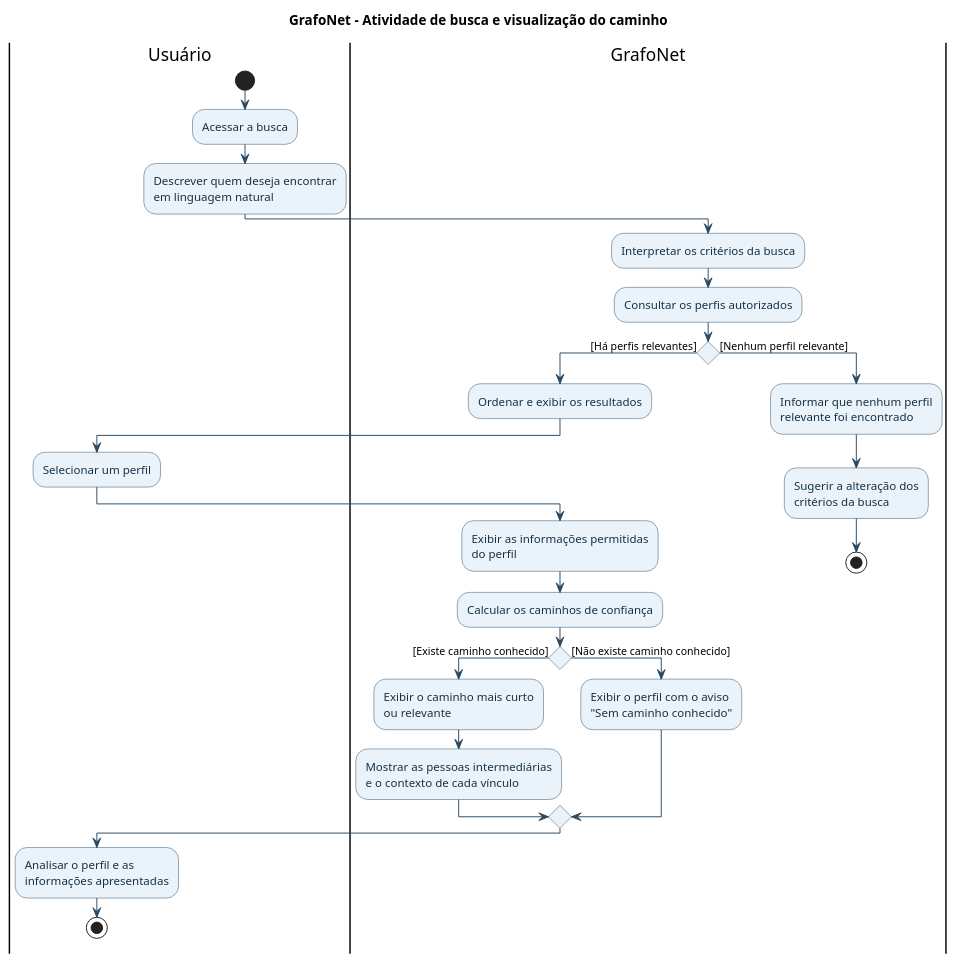
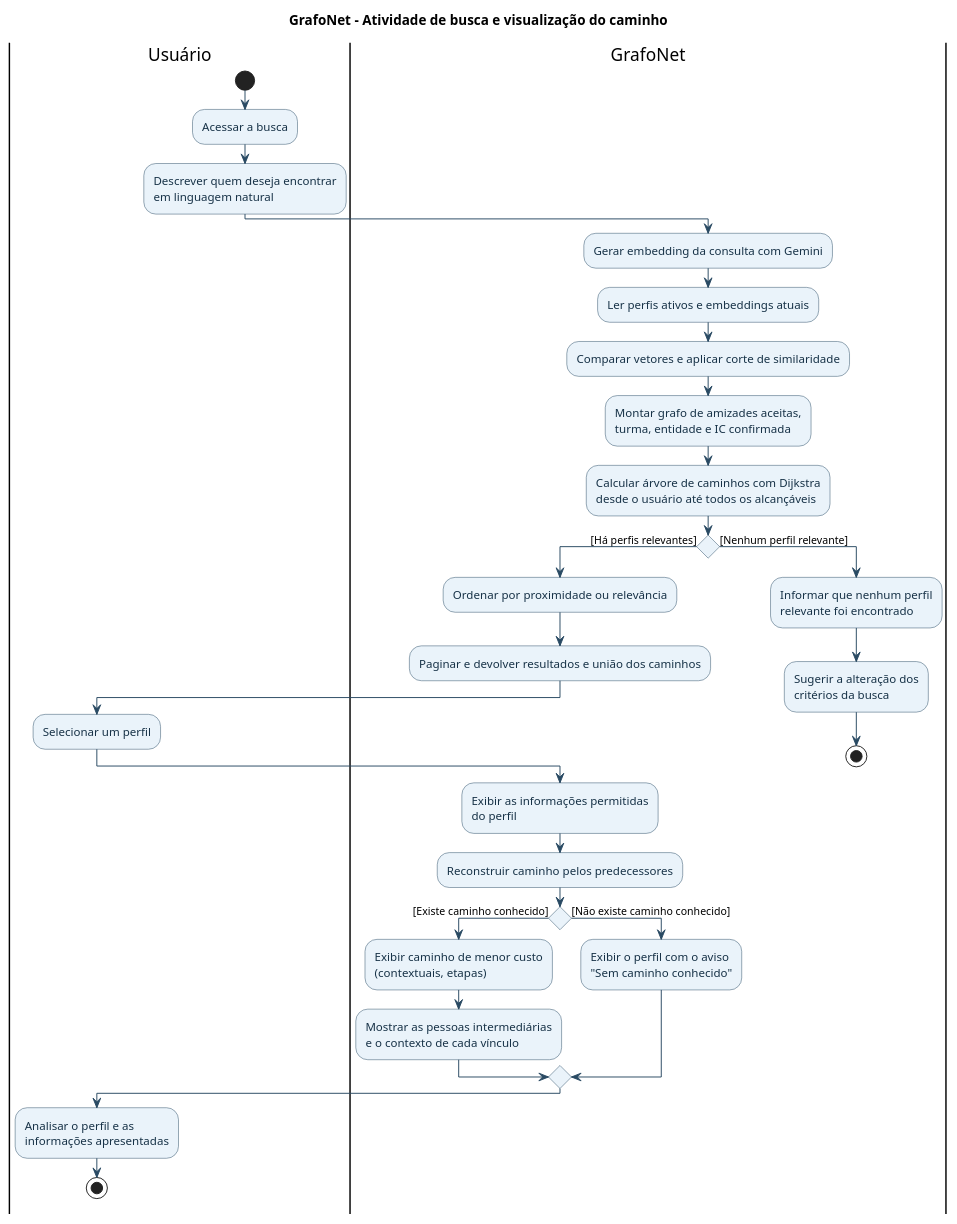
One commit to Daniel-Vinicius/grafo_net_api changed the diagram in docs/02-atividade-busca-caminho.puml. Above: the diagram before and after it, drawn with PlantUML. The commit also changed 52 other files, not shown here.

Commit message:
Modulo de conexoes, grafo e busca implementados

```diff
--- a/docs/02-atividade-busca-caminho.puml
+++ b/docs/02-atividade-busca-caminho.puml
@@ -1,60 +1,66 @@
 @startuml
 title GrafoNet - Atividade de busca e visualização do caminho
 
 skinparam backgroundColor white
 skinparam shadowing false
 skinparam defaultFontName Arial
 skinparam ArrowColor #294A63
 skinparam ActivityBorderColor #294A63
 skinparam ActivityBackgroundColor #EAF3FA
 skinparam ActivityFontColor #173247
 skinparam ActivityDiamondBorderColor #294A63
 skinparam ActivityDiamondBackgroundColor #EAF3FA
 skinparam PartitionBorderColor #294A63
 skinparam PartitionFontColor #173247
 
 |Usuário|
 start
 :Acessar a busca;
 :Descrever quem deseja encontrar
 em linguagem natural;
 
 |GrafoNet|
-:Interpretar os critérios da busca;
-:Consultar os perfis autorizados;
+:Gerar embedding da consulta com Gemini;
+:Ler perfis ativos e embeddings atuais;
+:Comparar vetores e aplicar corte de similaridade;
+:Montar grafo de amizades aceitas,
+turma, entidade e IC confirmada;
+:Calcular árvore de caminhos com Dijkstra
+desde o usuário até todos os alcançáveis;
 
 if () then ([Há perfis relevantes])
-  :Ordenar e exibir os resultados;
+  :Ordenar por proximidade ou relevância;
+  :Paginar e devolver resultados e união dos caminhos;
 
   |Usuário|
   :Selecionar um perfil;
 
   |GrafoNet|
   :Exibir as informações permitidas
 do perfil;
-  :Calcular os caminhos de confiança;
+  :Reconstruir caminho pelos predecessores;
 
   if () then ([Existe caminho conhecido])
-    :Exibir o caminho mais curto
-ou relevante;
+    :Exibir caminho de menor custo
+(contextuais, etapas);
     :Mostrar as pessoas intermediárias
 e o contexto de cada vínculo;
   else ([Não existe caminho conhecido])
     :Exibir o perfil com o aviso
 "Sem caminho conhecido";
   endif
 
   |Usuário|
   :Analisar o perfil e as
 informações apresentadas;
   stop
 else ([Nenhum perfil relevante])
   |GrafoNet|
   :Informar que nenhum perfil
 relevante foi encontrado;
   :Sugerir a alteração dos
 critérios da busca;
   stop
 endif
 
 @enduml
```
